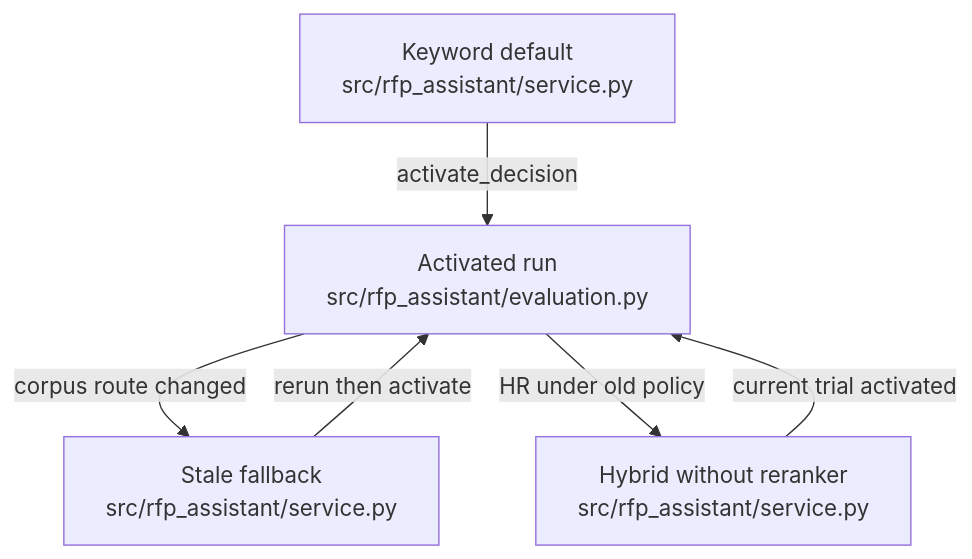
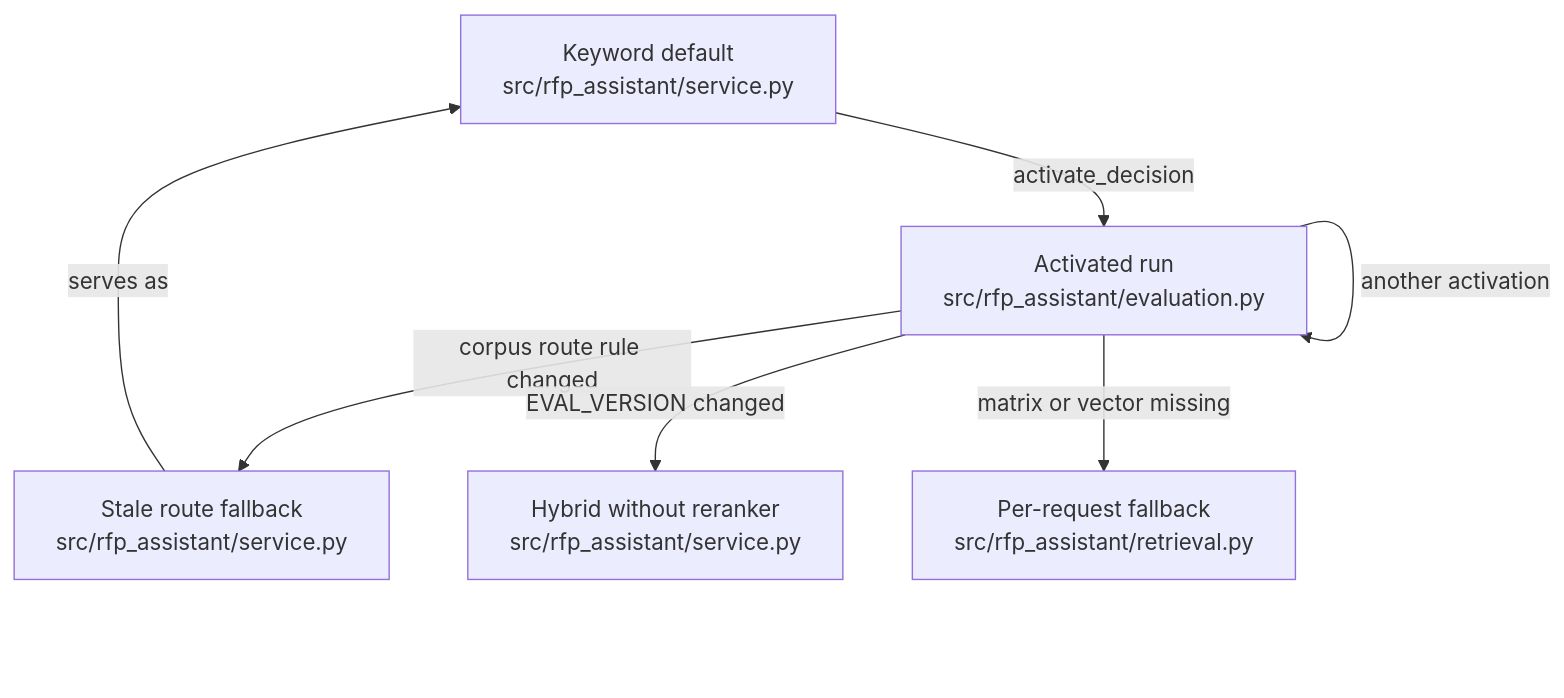
The diagram in .omm/state-transitions/serving-activation/diagram.mmd (littleeeeebit/project-codeit-mid), drawn with Mermaid before and after one commit. The commit also changed 403 other files, not shown here.

```diff
--- a/.omm/state-transitions/serving-activation/diagram.mmd
+++ b/.omm/state-transitions/serving-activation/diagram.mmd
@@ -1,6 +1,7 @@
 graph TD
-  keyword-default["Keyword default\nsrc/rfp_assistant/service.py"] -->|"activate_decision"| activated-run["Activated run\nsrc/rfp_assistant/evaluation.py"]
-  activated-run -->|"corpus route changed"| stale-fallback["Stale fallback\nsrc/rfp_assistant/service.py"]
-  activated-run -->|"HR under old policy"| hybrid-without-reranker["Hybrid without reranker\nsrc/rfp_assistant/service.py"]
-  stale-fallback -->|"rerun then activate"| activated-run
-  hybrid-without-reranker -->|"current trial activated"| activated-run
+  keyword-default["Keyword default\nsrc/rfp_assistant/service.py"] -->|activate_decision| activated-run["Activated run\nsrc/rfp_assistant/evaluation.py"]
+  activated-run -->|another activation| activated-run
+  activated-run -->|corpus route rule changed| route-stale["Stale route fallback\nsrc/rfp_assistant/service.py"]
+  route-stale -->|serves as| keyword-default
+  activated-run -->|EVAL_VERSION changed| reranker-dropped["Hybrid without reranker\nsrc/rfp_assistant/service.py"]
+  activated-run -->|matrix or vector missing| request-fallback["Per-request fallback\nsrc/rfp_assistant/retrieval.py"]
```
